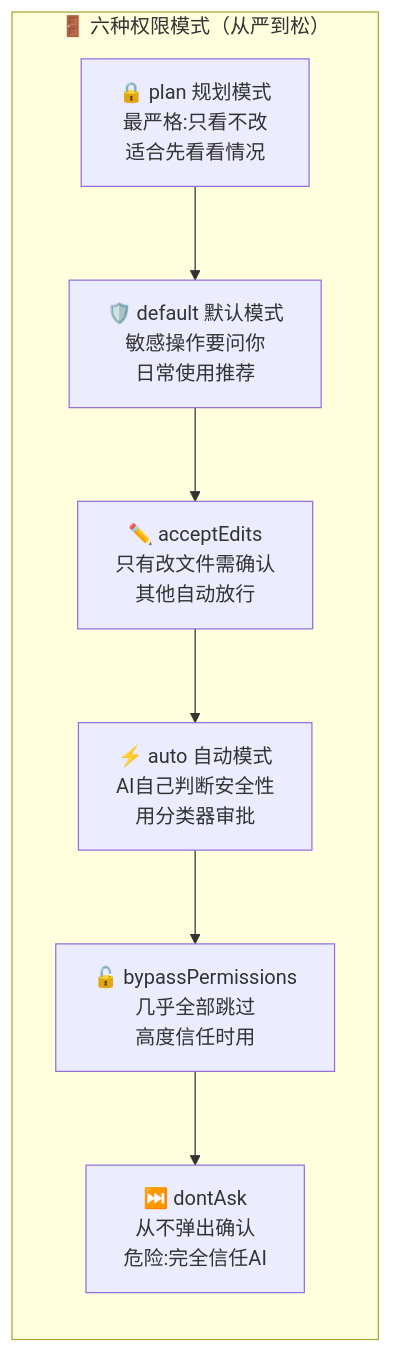
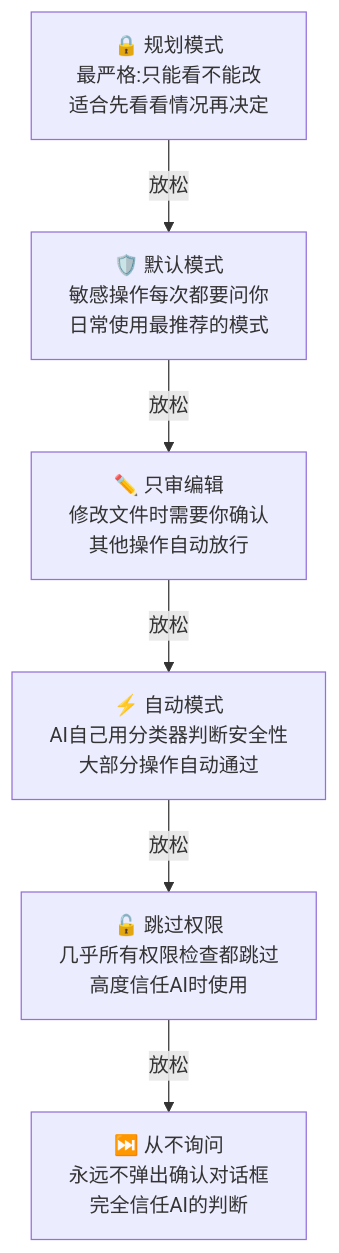
One commit to WSbaikaishui/claude-code-source-code changed diagram 13 of 25 in docs/architecture/00-visual-guide-complete.md. Above: the diagram before and after it, drawn with Mermaid. The commit also changed other lines of this file and 73 other files, not shown here.

First line of the commit message:
Fix all Mermaid diagrams: restore semantics + fix dimensions

````diff
--- a/docs/architecture/00-visual-guide-complete.md
+++ b/docs/architecture/00-visual-guide-complete.md
@@ -421,12 +400,12 @@
 ```mermaid
-graph LR
-    subgraph MODES["🚪 六种权限模式（从严到松）"]
-        PM1["🔒 plan 规划模式<br/>最严格:只看不改<br/>适合先看看情况"]
-        PM2["🛡️ default 默认模式<br/>敏感操作要问你<br/>日常使用推荐"]
-        PM3["✏️ acceptEdits<br/>只有改文件需确认<br/>其他自动放行"]
-        PM4["⚡ auto 自动模式<br/>AI自己判断安全性<br/>用分类器审批"]
-        PM5["🔓 bypassPermissions<br/>几乎全部跳过<br/>高度信任时用"]
-        PM6["⏭️ dontAsk<br/>从不弹出确认<br/>危险:完全信任AI"]
-        PM1 --> PM2 --> PM3 --> PM4 --> PM5 --> PM6
-    end
+graph TD
+    PM1["🔒 规划模式<br/>最严格:只能看不能改<br/>适合先看看情况再决定"]
+    PM2["🛡️ 默认模式<br/>敏感操作每次都要问你<br/>日常使用最推荐的模式"]
+    PM3["✏️ 只审编辑<br/>修改文件时需要你确认<br/>其他操作自动放行"]
+    PM4["⚡ 自动模式<br/>AI自己用分类器判断安全性<br/>大部分操作自动通过"]
+    PM5["🔓 跳过权限<br/>几乎所有权限检查都跳过<br/>高度信任AI时使用"]
+    PM6["⏭️ 从不询问<br/>永远不弹出确认对话框<br/>完全信任AI的判断"]
+    PM1 -->|"放松"| PM2 -->|"放松"| PM3
+    PM3 -->|"放松"| PM4 -->|"放松"| PM5
+    PM5 -->|"放松"| PM6
 ```
````
